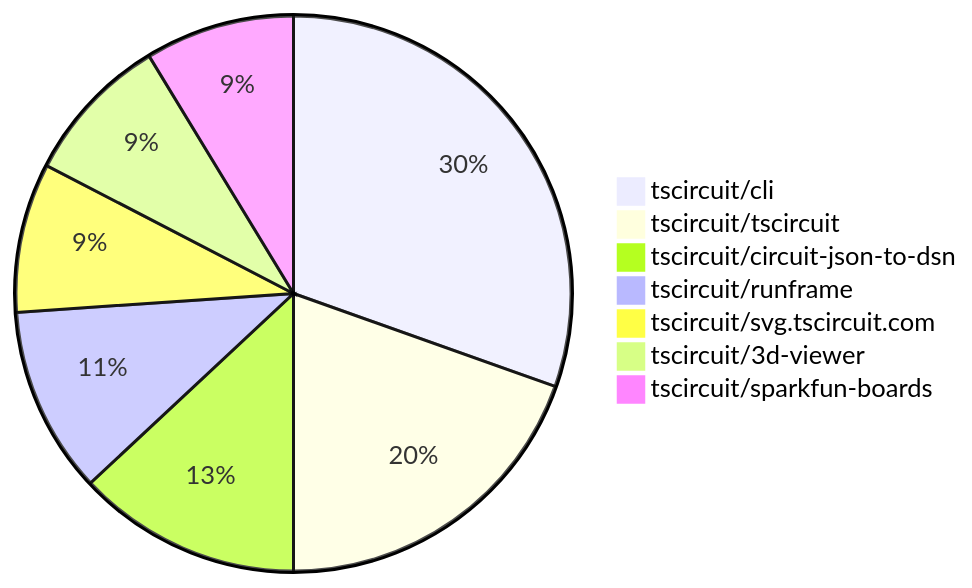
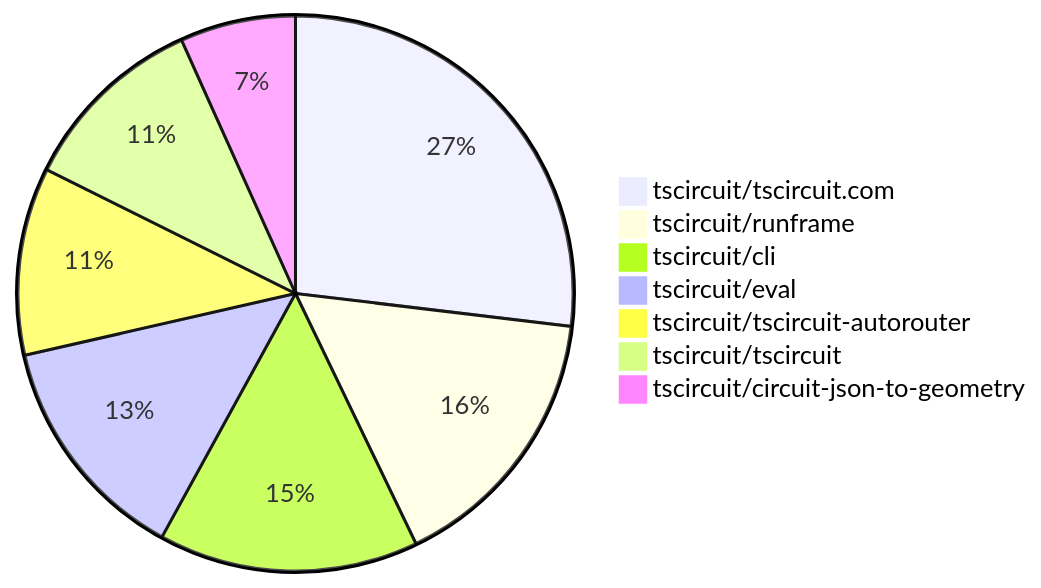
Before and after one commit to tscircuit/contribution-tracker: the second of 2 diagrams in contribution-overviews/2025-12-03.md, drawn with Mermaid. The commit also changed other lines of this file and 3 other files, not shown here.

````diff
--- a/contribution-overviews/2025-12-03.md
+++ b/contribution-overviews/2025-12-03.md
@@ -84,10 +94,10 @@
 ```mermaid
 pie
-    "tscircuit/cli" : 14
-    "tscircuit/tscircuit" : 9
-    "tscircuit/circuit-json-to-dsn" : 6
-    "tscircuit/runframe" : 5
-    "tscircuit/svg.tscircuit.com" : 4
-    "tscircuit/3d-viewer" : 4
-    "tscircuit/sparkfun-boards" : 4
+    "tscircuit/tscircuit.com" : 32
+    "tscircuit/runframe" : 19
+    "tscircuit/cli" : 18
+    "tscircuit/eval" : 16
+    "tscircuit/tscircuit-autorouter" : 13
+    "tscircuit/tscircuit" : 13
+    "tscircuit/circuit-json-to-geometry" : 8
 ```
````
